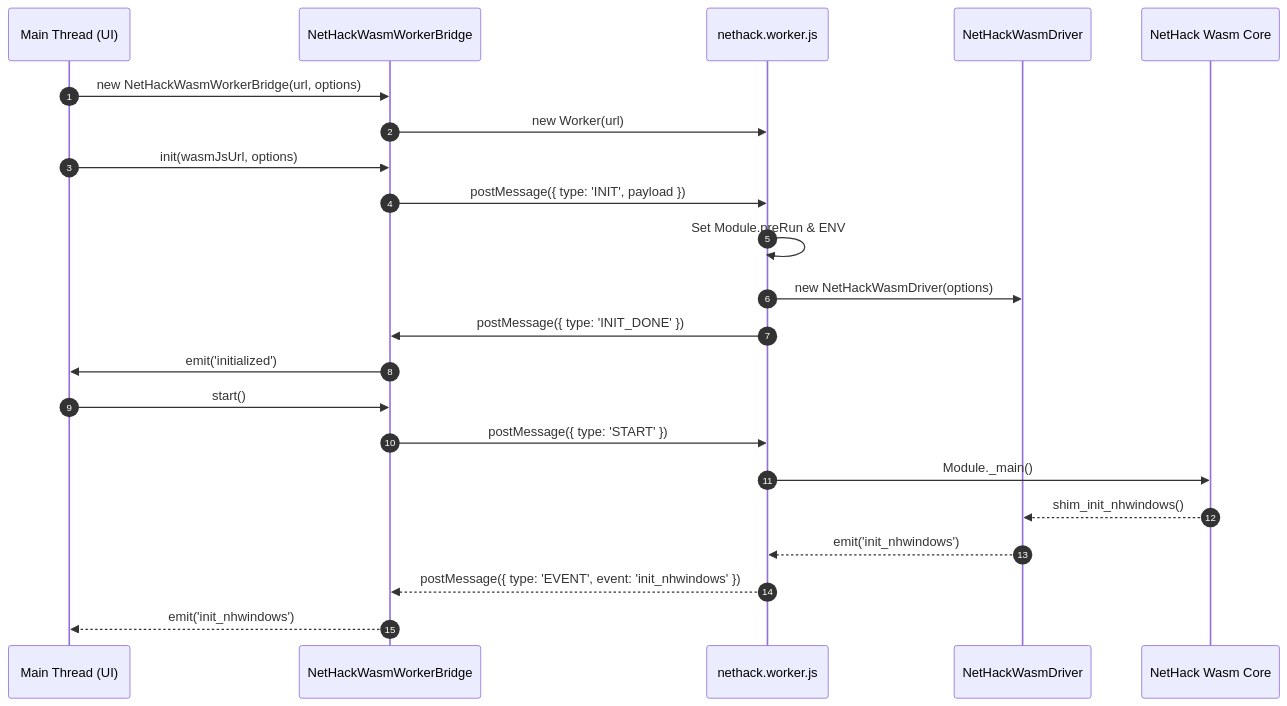
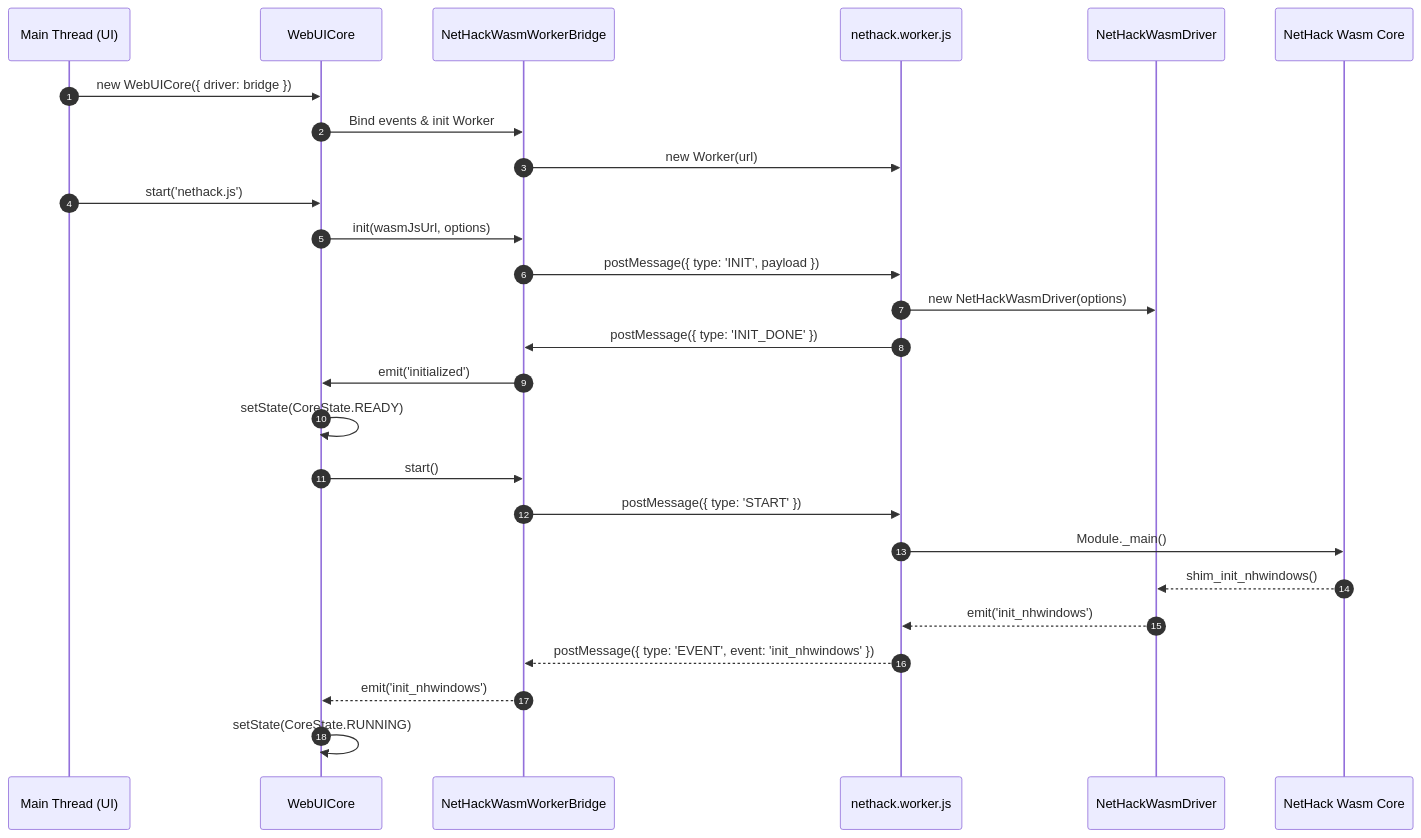
Before and after one commit to e3sh/Nethack-wasm-webUI: the first of 2 diagrams in docs/notebooklm_knowledge_base.md, drawn with Mermaid. The commit also changed other lines of this file and 14 other files, not shown here.

````diff
--- a/docs/notebooklm_knowledge_base.md
+++ b/docs/notebooklm_knowledge_base.md
@@ -200,26 +221,30 @@
 ```mermaid
 sequenceDiagram
     autonumber
     participant UI as Main Thread (UI)
+    participant Core as WebUICore
     participant Bridge as NetHackWasmWorkerBridge
     participant Worker as nethack.worker.js
     participant Driver as NetHackWasmDriver
     participant Wasm as NetHack Wasm Core
 
-    UI->>Bridge: new NetHackWasmWorkerBridge(url, options)
+    UI->>Core: new WebUICore({ driver: bridge })
+    Core->>Bridge: Bind events & init Worker
     Bridge->>Worker: new Worker(url)
-    UI->>Bridge: init(wasmJsUrl, options)
+    UI->>Core: start('nethack.js')
+    Core->>Bridge: init(wasmJsUrl, options)
     Bridge->>Worker: postMessage({ type: 'INIT', payload })
-    Worker->>Worker: Set Module.preRun & ENV
     Worker->>Driver: new NetHackWasmDriver(options)
     Worker->>Bridge: postMessage({ type: 'INIT_DONE' })
-    Bridge->>UI: emit('initialized')
+    Bridge->>Core: emit('initialized')
+    Core->>Core: setState(CoreState.READY)
     
-    UI->>Bridge: start()
+    Core->>Bridge: start()
     Bridge->>Worker: postMessage({ type: 'START' })
     Worker->>Wasm: Module._main()
     Wasm-->>Driver: shim_init_nhwindows()
     Driver-->>Worker: emit('init_nhwindows')
     Worker-->>Bridge: postMessage({ type: 'EVENT', event: 'init_nhwindows' })
-    Bridge-->>UI: emit('init_nhwindows')
+    Bridge-->>Core: emit('init_nhwindows')
+    Core->>Core: setState(CoreState.RUNNING)
 ```
````
